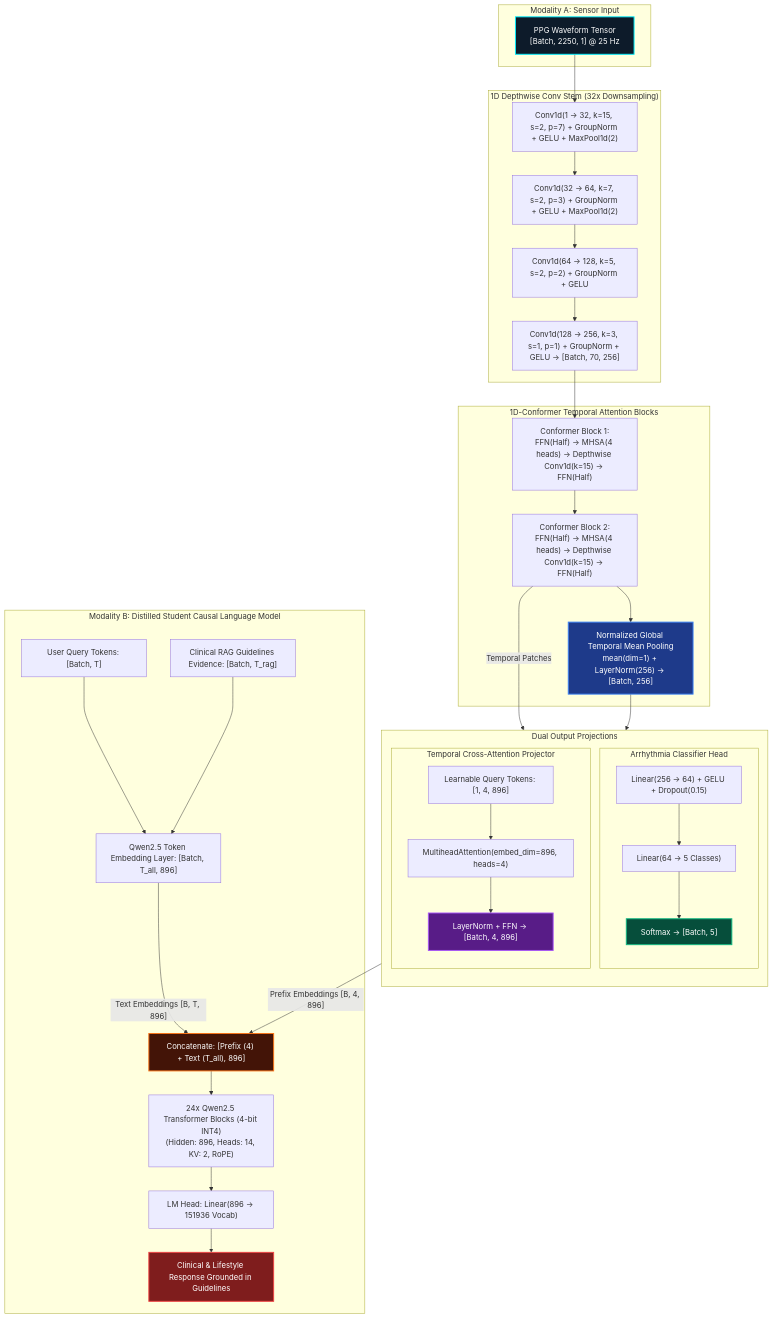
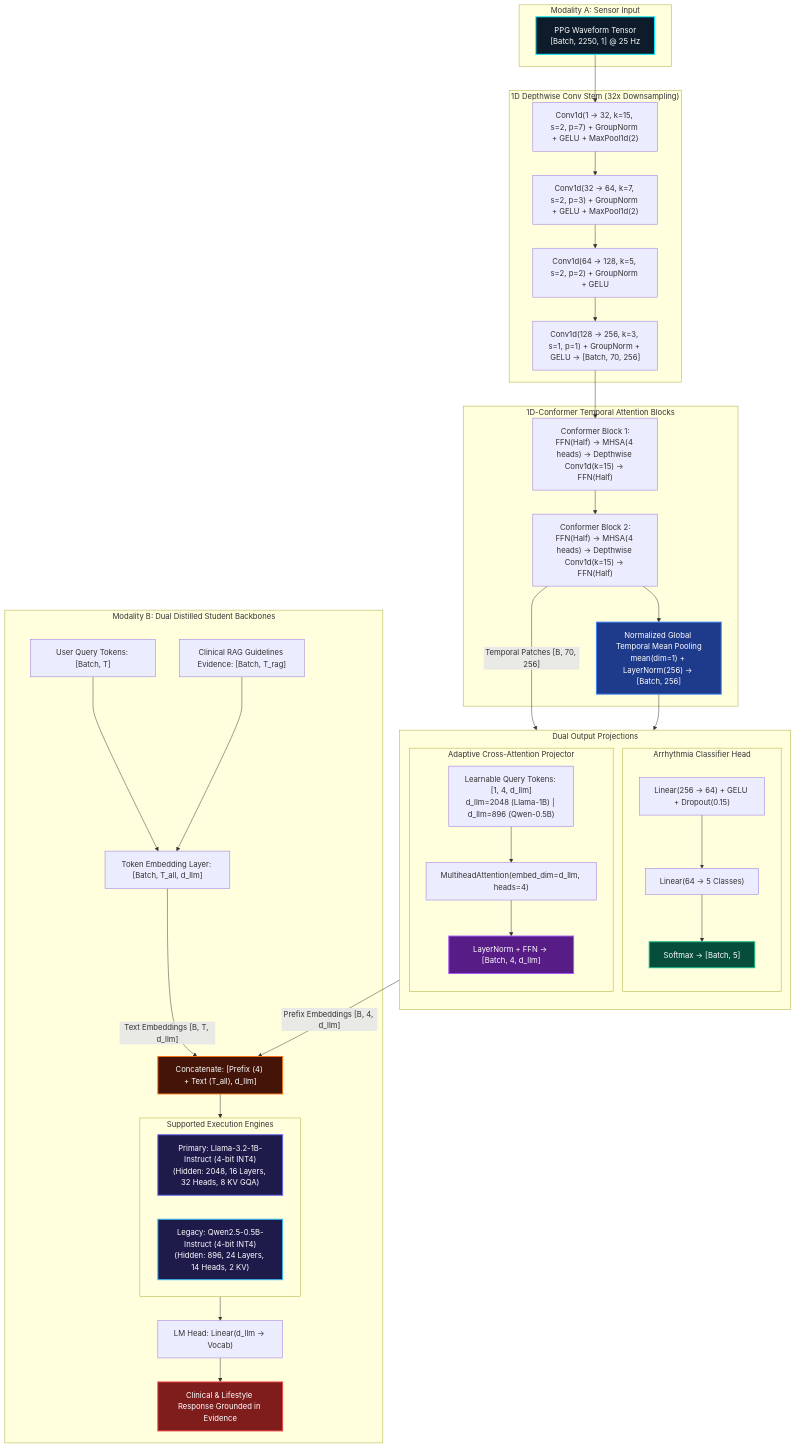
Before and after one commit to embedologist/Cardiac_MedGemma_Micro_model: the third of 5 diagrams in DOCUMENTATION.md, drawn with Mermaid. The commit also changed other lines of this file and 14 other files, not shown here.

Commit message:
feat(portfolio): unify Llama-3.2-1B and Qwen2.5-0.5B models with dynamic switching and updated docs

````diff
--- a/DOCUMENTATION.md
+++ b/DOCUMENTATION.md
@@ -192,65 +203,72 @@
 ```mermaid
 graph TD
     subgraph INPUT["Modality A: Sensor Input"]
         RAW["PPG Waveform Tensor<br/>[Batch, 2250, 1] @ 25 Hz"]
     end
 
     subgraph STEM["1D Depthwise Conv Stem (32x Downsampling)"]
         CONV0["Conv1d(1 -> 32, k=15, s=2, p=7) + GroupNorm + GELU + MaxPool1d(2)"]
         CONV1["Conv1d(32 -> 64, k=7, s=2, p=3) + GroupNorm + GELU + MaxPool1d(2)"]
         CONV2["Conv1d(64 -> 128, k=5, s=2, p=2) + GroupNorm + GELU"]
         CONV3["Conv1d(128 -> 256, k=3, s=1, p=1) + GroupNorm + GELU -> [Batch, 70, 256]"]
     end
 
     subgraph CONFORMER["1D-Conformer Temporal Attention Blocks"]
         CONF1["Conformer Block 1:<br/>FFN(Half) -> MHSA(4 heads) -> Depthwise Conv1d(k=15) -> FFN(Half)"]
         CONF2["Conformer Block 2:<br/>FFN(Half) -> MHSA(4 heads) -> Depthwise Conv1d(k=15) -> FFN(Half)"]
         ATTN_POOL["Normalized Global Temporal Mean Pooling<br/>mean(dim=1) + LayerNorm(256) -> [Batch, 256]"]
     end
 
     subgraph HEADS["Dual Output Projections"]
         direction TB
         subgraph CLS_BRANCH["Arrhythmia Classifier Head"]
             FC_C1["Linear(256 -> 64) + GELU + Dropout(0.15)"]
             FC_C2["Linear(64 -> 5 Classes)"]
             SOFT["Softmax -> [Batch, 5]"]
         end
 
-        subgraph PROJ_BRANCH["Temporal Cross-Attention Projector"]
-            QUERIES["Learnable Query Tokens: [1, 4, 896]"]
-            CROSS_ATTN["MultiheadAttention(embed_dim=896, heads=4)"]
-            NORM_FFN["LayerNorm + FFN -> [Batch, 4, 896]"]
+        subgraph PROJ_BRANCH["Adaptive Cross-Attention Projector"]
+            QUERIES["Learnable Query Tokens: [1, 4, d_llm]<br/>d_llm=2048 (Llama-1B) | d_llm=896 (Qwen-0.5B)"]
+            CROSS_ATTN["MultiheadAttention(embed_dim=d_llm, heads=4)"]
+            NORM_FFN["LayerNorm + FFN -> [Batch, 4, d_llm]"]
         end
     end
 
-    subgraph LM_STAGE["Modality B: Distilled Student Causal Language Model"]
+    subgraph LM_STAGE["Modality B: Dual Distilled Student Backbones"]
         TEXT_IN["User Query Tokens: [Batch, T]"]
         RAG_IN["Clinical RAG Guidelines Evidence: [Batch, T_rag]"]
-        EMBED["Qwen2.5 Token Embedding Layer: [Batch, T_all, 896]"]
-        CONCAT["Concatenate: [Prefix (4) + Text (T_all), 896]"]
-        TRANSFORMER["24x Qwen2.5 Transformer Blocks (4-bit INT4)<br/>(Hidden: 896, Heads: 14, KV: 2, RoPE)"]
-        HEAD["LM Head: Linear(896 -> 151936 Vocab)"]
-        OUTPUT_TEXT["Clinical & Lifestyle Response Grounded in Guidelines"]
+        EMBED["Token Embedding Layer: [Batch, T_all, d_llm]"]
+        CONCAT["Concatenate: [Prefix (4) + Text (T_all), d_llm]"]
+        
+        subgraph DUAL_ENGINES["Supported Execution Engines"]
+            LLAMA_ENGINE["Primary: Llama-3.2-1B-Instruct (4-bit INT4)<br/>(Hidden: 2048, 16 Layers, 32 Heads, 8 KV GQA)"]
+            QWEN_ENGINE["Legacy: Qwen2.5-0.5B-Instruct (4-bit INT4)<br/>(Hidden: 896, 24 Layers, 14 Heads, 2 KV)"]
+        end
+        
+        HEAD["LM Head: Linear(d_llm -> Vocab)"]
+        OUTPUT_TEXT["Clinical & Lifestyle Response Grounded in Evidence"]
     end
 
     RAW --> CONV0 --> CONV1 --> CONV2 --> CONV3
     CONV3 --> CONF1 --> CONF2
     CONF2 --> ATTN_POOL
-    CONF2 -->|"Temporal Patches"| CROSS_ATTN
+    CONF2 -->|"Temporal Patches [B, 70, 256]"| CROSS_ATTN
     
     ATTN_POOL --> FC_C1 --> FC_C2 --> SOFT
     QUERIES --> CROSS_ATTN --> NORM_FFN
     
     TEXT_IN --> EMBED
     RAG_IN --> EMBED
-    NORM_FFN -->|"Prefix Embeddings [B, 4, 896]"| CONCAT
-    EMBED -->|"Text Embeddings [B, T, 896]"| CONCAT
-    CONCAT --> TRANSFORMER --> HEAD --> OUTPUT_TEXT
+    NORM_FFN -->|"Prefix Embeddings [B, 4, d_llm]"| CONCAT
+    EMBED -->|"Text Embeddings [B, T, d_llm]"| CONCAT
+    CONCAT --> DUAL_ENGINES --> HEAD --> OUTPUT_TEXT
 
     style RAW fill:#0d1b2a,stroke:#00f0ff,stroke-width:2px,color:#fff
     style ATTN_POOL fill:#1e3a8a,stroke:#3b82f6,stroke-width:2px,color:#fff
     style SOFT fill:#064e3b,stroke:#10b981,stroke-width:2px,color:#fff
     style NORM_FFN fill:#581c87,stroke:#a855f7,stroke-width:2px,color:#fff
     style CONCAT fill:#431407,stroke:#f97316,stroke-width:2px,color:#fff
+    style LLAMA_ENGINE fill:#1e1b4b,stroke:#6366f1,stroke-width:2px,color:#fff
+    style QWEN_ENGINE fill:#1e1b4b,stroke:#38bdf8,stroke-width:2px,color:#fff
     style OUTPUT_TEXT fill:#7f1d1d,stroke:#ef4444,stroke-width:2px,color:#fff
 ```
````
